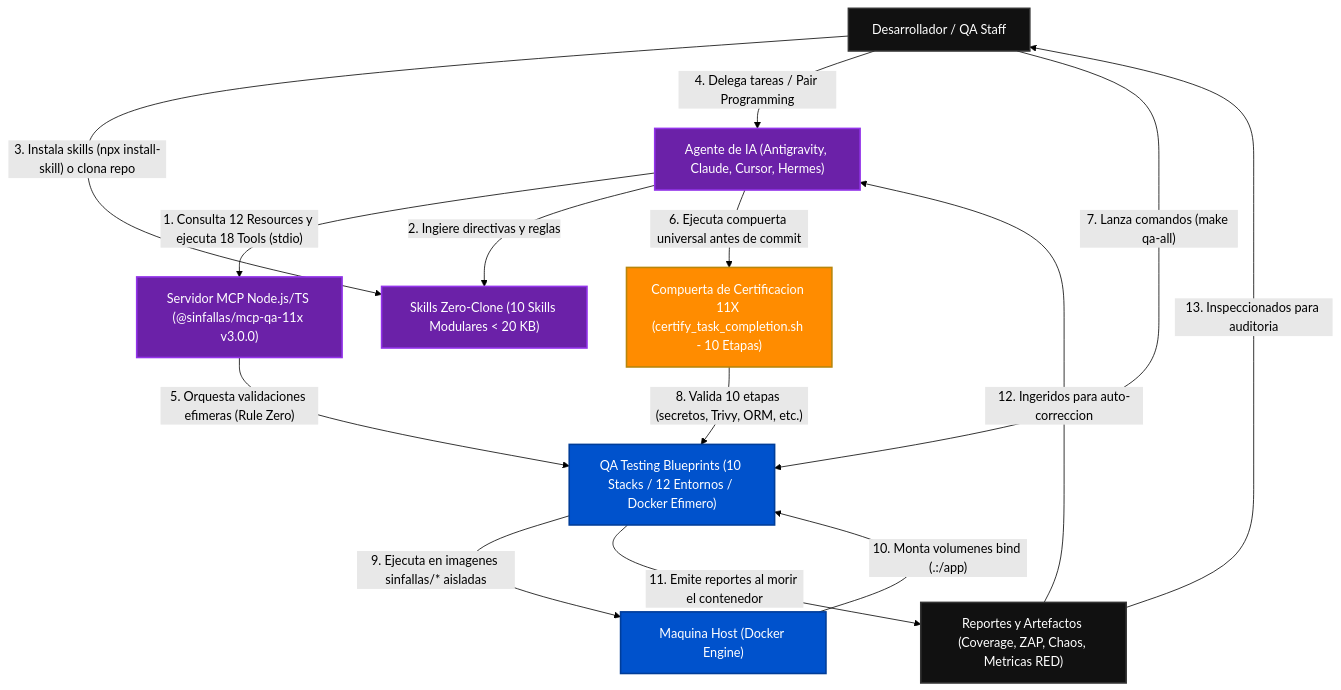
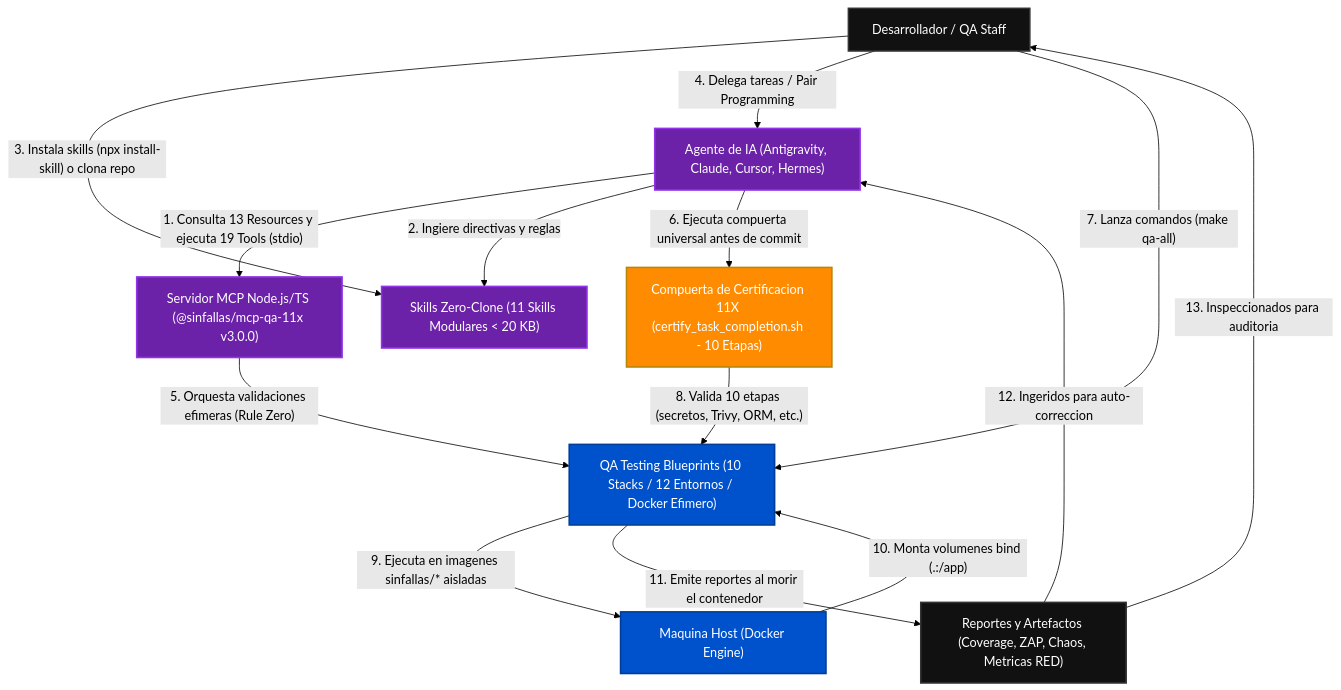
One commit to tecno-consultores/qa-testing-blueprints changed the first of 3 diagrams in docs/ARCHITECTURE_C4.es.md. Above: the diagram before and after it, drawn with Mermaid (forest theme). The commit also changed 127 other files, not shown here.

````diff
--- a/docs/ARCHITECTURE_C4.es.md
+++ b/docs/ARCHITECTURE_C4.es.md
@@ -12,33 +12,33 @@
 ```mermaid
 flowchart TD
     Human["Desarrollador / QA Staff"]
     Agent["Agente de IA (Antigravity, Claude, Cursor, Hermes)"]
     MCP["Servidor MCP Node.js/TS (@sinfallas/mcp-qa-11x v3.0.0)"]
-    Skill["Skills Zero-Clone (10 Skills Modulares < 20 KB)"]
+    Skill["Skills Zero-Clone (11 Skills Modulares < 20 KB)"]
     Gate["Compuerta de Certificacion 11X (certify_task_completion.sh - 10 Etapas)"]
     QA["QA Testing Blueprints (10 Stacks / 12 Entornos / Docker Efimero)"]
     Host["Maquina Host (Docker Engine)"]
     Reports["Reportes y Artefactos (Coverage, ZAP, Chaos, Metricas RED)"]
 
-    Agent -->|"1. Consulta 12 Resources y ejecuta 18 Tools (stdio)"| MCP
+    Agent -->|"1. Consulta 13 Resources y ejecuta 19 Tools (stdio)"| MCP
     Agent -->|"2. Ingiere directivas y reglas"| Skill
     Human -->|"3. Instala skills (npx install-skill) o clona repo"| Skill
     Human -->|"4. Delega tareas / Pair Programming"| Agent
     MCP -->|"5. Orquesta validaciones efimeras (Rule Zero)"| QA
     Agent -->|"6. Ejecuta compuerta universal antes de commit"| Gate
     Human -->|"7. Lanza comandos (make qa-all)"| QA
     Gate -->|"8. Valida 10 etapas (secretos, Trivy, ORM, etc.)"| QA
     QA -->|"9. Ejecuta en imagenes sinfallas/* aisladas"| Host
     Host -->|"10. Monta volumenes bind (.:/app)"| QA
     QA -->|"11. Emite reportes al morir el contenedor"| Reports
     Reports -->|"12. Ingeridos para auto-correccion"| Agent
     Reports -->|"13. Inspeccionados para auditoria"| Human
 
     classDef default fill:#111,stroke:#333,stroke-width:2px,color:#fff;
     classDef highlight fill:#0052cc,stroke:#003d99,stroke-width:2px,color:#fff;
     classDef barrier fill:#ff8c00,stroke:#b8860b,stroke-width:2px,color:#fff;
     classDef ai fill:#6b21a8,stroke:#9333ea,stroke-width:2px,color:#fff;
     class QA,Host highlight;
     class Gate barrier;
     class Agent,MCP,Skill ai;
 ```
````
